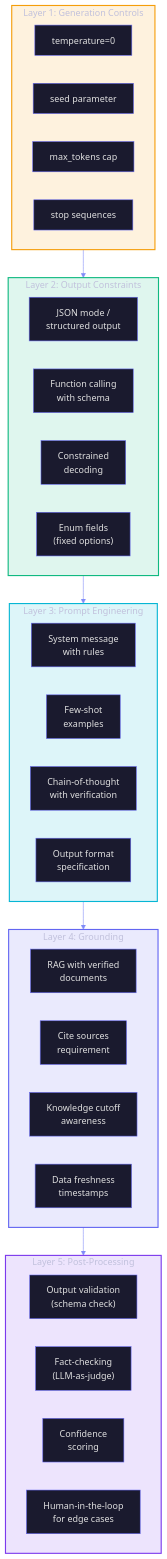
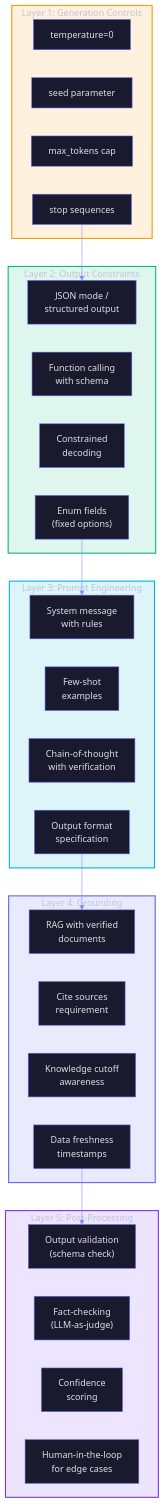
Before and after one commit to frootai/frootai: the third of 7 diagrams in docs/R3-Deterministic-AI.md, drawn with Mermaid. The commit also changed other lines of this file and 15 other files, not shown here.

Commit message:
docs: harden learning module diagrams

````diff
--- a/docs/R3-Deterministic-AI.md
+++ b/docs/R3-Deterministic-AI.md
@@ -150,46 +149,54 @@
 ```mermaid
 %%{init: {'theme': 'base', 'themeVariables': {'primaryColor': '#1a1a2e', 'primaryTextColor': '#e0e0e0', 'primaryBorderColor': '#6366f1', 'lineColor': '#818cf8', 'background': 'transparent'}}}%%
 graph TB
     subgraph L1["Layer 1: Generation Controls"]
         A1["temperature=0"]
         A2["seed parameter"]
         A3["max_tokens cap"]
         A4["stop sequences"]
+        A1 ~~~ A2 ~~~ A3 ~~~ A4
     end
     
     subgraph L2["Layer 2: Output Constraints"]
         B1["JSON mode /<br/>structured output"]
         B2["Function calling<br/>with schema"]
         B3["Constrained<br/>decoding"]
         B4["Enum fields<br/>(fixed options)"]
+        B1 ~~~ B2 ~~~ B3 ~~~ B4
     end
     
     subgraph L3["Layer 3: Prompt Engineering"]
         C1["System message<br/>with rules"]
         C2["Few-shot<br/>examples"]
         C3["Chain-of-thought<br/>with verification"]
         C4["Output format<br/>specification"]
+        C1 ~~~ C2 ~~~ C3 ~~~ C4
     end
     
     subgraph L4["Layer 4: Grounding"]
         D1["RAG with verified<br/>documents"]
         D2["Cite sources<br/>requirement"]
         D3["Knowledge cutoff<br/>awareness"]
         D4["Data freshness<br/>timestamps"]
+        D1 ~~~ D2 ~~~ D3 ~~~ D4
     end
     
     subgraph L5["Layer 5: Post-Processing"]
         E1["Output validation<br/>(schema check)"]
         E2["Fact-checking<br/>(LLM-as-judge)"]
         E3["Confidence<br/>scoring"]
         E4["Human-in-the-loop<br/>for edge cases"]
+        E1 ~~~ E2 ~~~ E3 ~~~ E4
     end
     
-    L1 --> L2 --> L3 --> L4 --> L5
+    A4 --> B1
+    B4 --> C1
+    C4 --> D1
+    D4 --> E1
     
     style L1 fill:#f59e0b22,stroke:#f59e0b,stroke-width:2px
     style L2 fill:#10b98122,stroke:#10b981,stroke-width:2px
     style L3 fill:#06b6d422,stroke:#06b6d4,stroke-width:2px
     style L4 fill:#6366f122,stroke:#6366f1,stroke-width:2px
     style L5 fill:#7c3aed22,stroke:#7c3aed,stroke-width:2px
 ```
````
